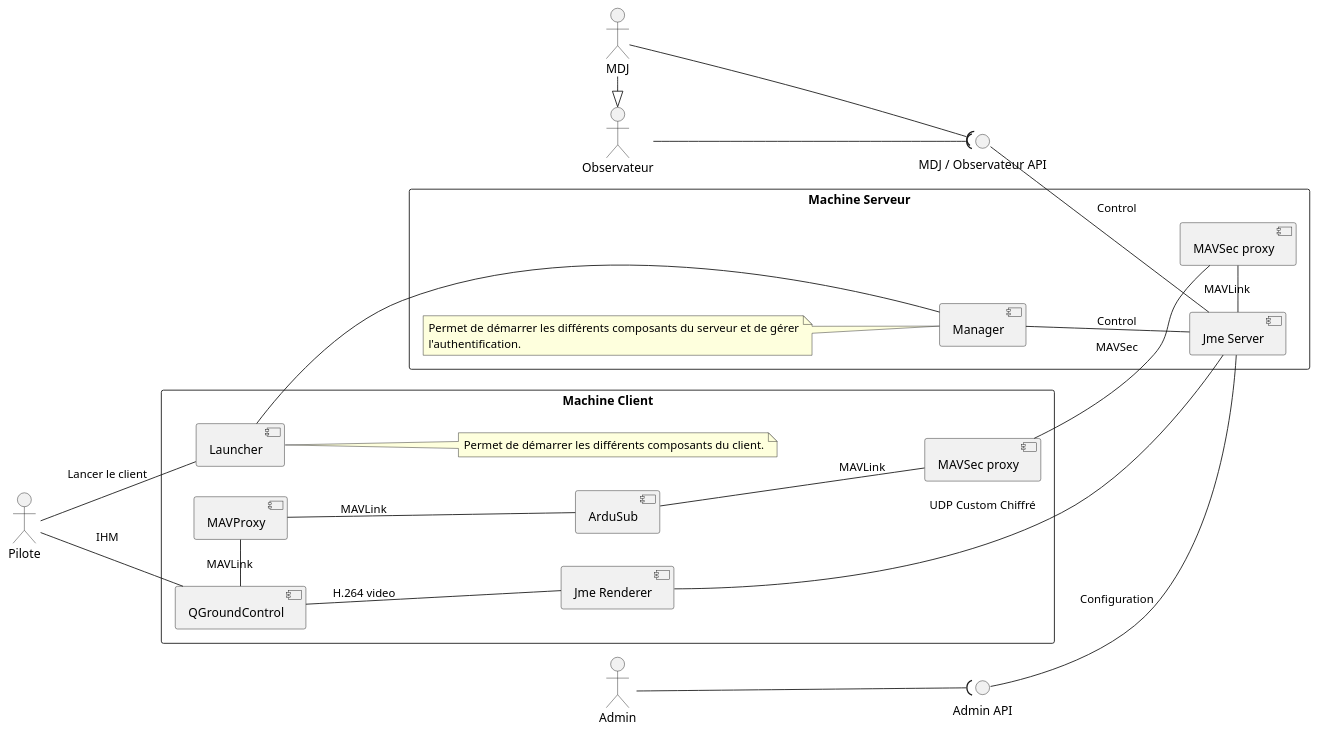
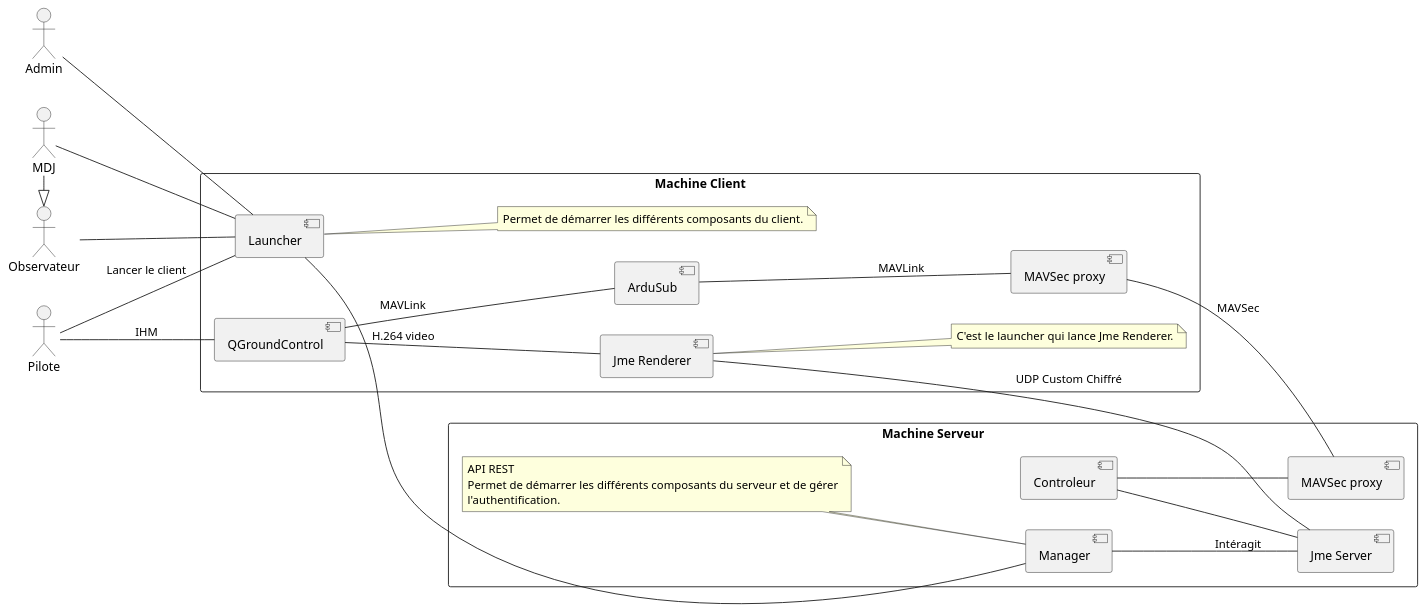
Before and after one commit to tombartos/SAE-DRONE: the diagram in doc/ardupilot_client_components.puml, drawn with PlantUML. The commit also changed 1 other file, not shown here.

Commit message:
Mise à jour des diagramme de composante pour qu'il soit conforme avec le projet

```diff
--- a/doc/ardupilot_client_components.puml
+++ b/doc/ardupilot_client_components.puml
@@ -1,58 +1,59 @@
 @startuml
 
 left to right direction
 
 actor Pilote
 actor MDJ
 actor Admin
 actor Observateur
 
 MDJ -right-|> Observateur
 
 rectangle "Machine Client" {
     component Launcher
     component QGroundControl
-    component MAVProxy
     component ArduSub
     component "Jme Renderer" as JmeRenderer
     component "MAVSec proxy" as SecProxy1
 
     Pilote -- QGroundControl : IHM
     Pilote -- Launcher : Lancer le client
     note right of Launcher
         Permet de démarrer les différents composants du client.
     end note
-    QGroundControl -left- MAVProxy : MAVLink
-    MAVProxy -- ArduSub : MAVLink
+    QGroundControl -- ArduSub : MAVLink
     ArduSub -- SecProxy1 : MAVLink
     QGroundControl -down- JmeRenderer : H.264 video
+    note right of JmeRenderer
+        C'est le launcher qui lance Jme Renderer.
+    end note
 }
 
-interface "MDJ / Observateur API" as MDJAPI
-interface "Admin API" as AdminClient
+
 
 
 rectangle "Machine Serveur" {
     component "Jme Server" as JmeServer
     component "MAVSec proxy" as SecProxy2
+    component "Controleur" as Controller
     component "Manager" as Manager
 
     note left of Manager
+        API REST
         Permet de démarrer les différents composants du serveur et de gérer
         l'authentification.
     end note
 
     JmeRenderer - JmeServer : UDP Custom Chiffré
-    MDJAPI -- JmeServer : Control
-    AdminClient -- JmeServer : Configuration
-    SecProxy2 -left- JmeServer : MAVLink
+    Controller -- JmeServer
+    Controller -- SecProxy2
     SecProxy1 -- SecProxy2 : MAVSec
     Launcher -- Manager
-    Manager -- JmeServer : Control
+    Manager -- JmeServer : Intéragit
 }
 
-MDJ --( MDJAPI
-Admin --( AdminClient
-Observateur --( MDJAPI
+Admin -- Launcher
+Observateur -- Launcher
+MDJ -- Launcher
 
 @enduml
```
